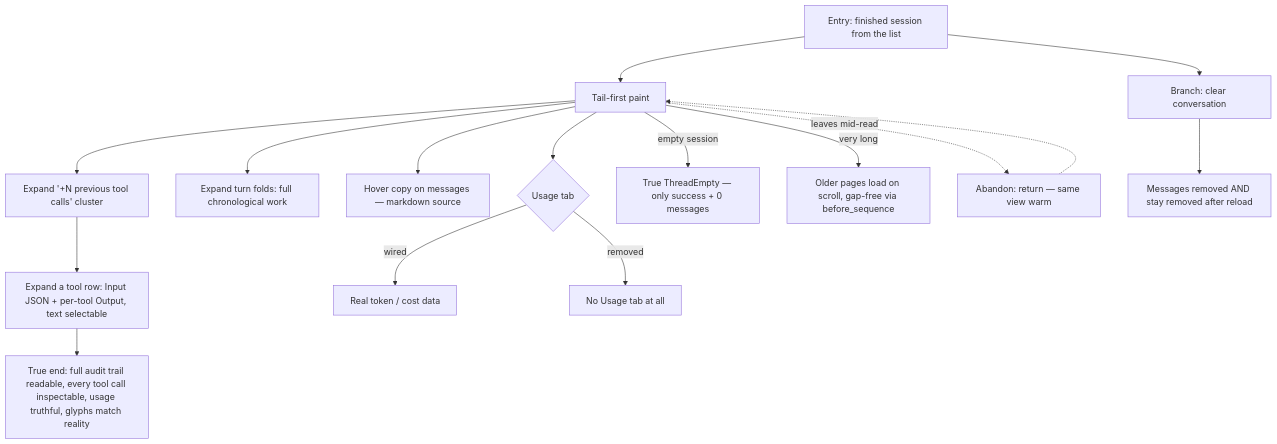
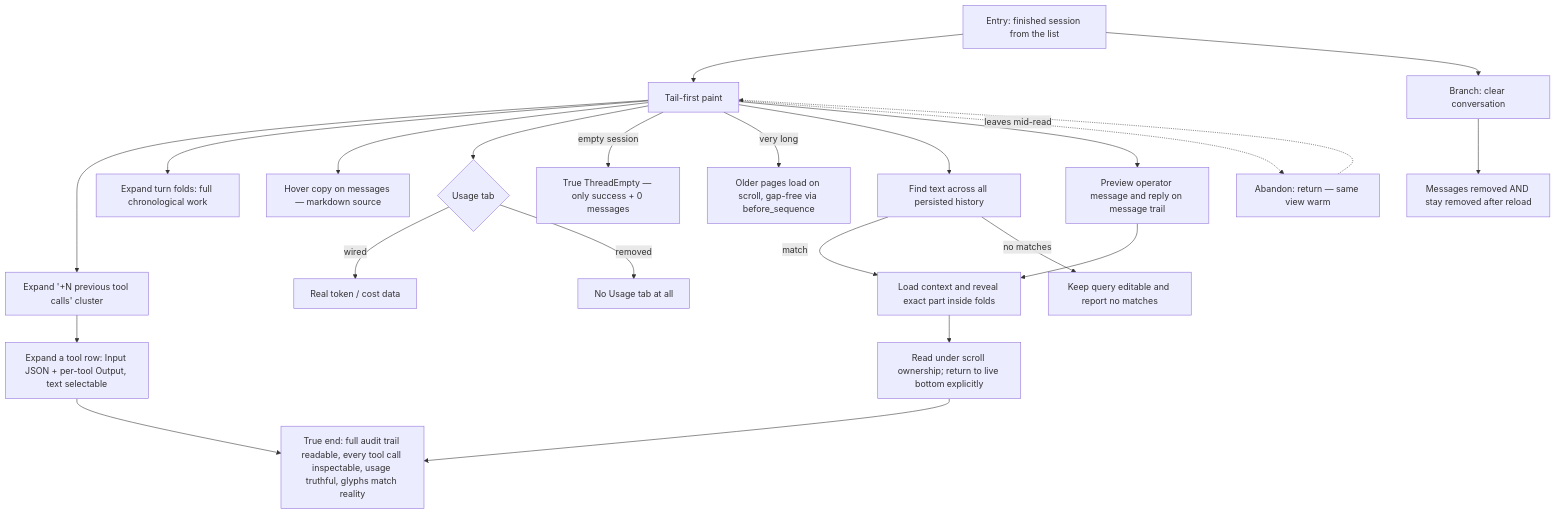
One commit to compozy/compozy changed the diagram in docs/qa/journeys/J-14-read-a-finished-transcript.md. Above: the diagram before and after it, drawn with Mermaid. The commit also changed other lines of this file and 686 other files, not shown here.

````diff
--- a/docs/qa/journeys/J-14-read-a-finished-transcript.md
+++ b/docs/qa/journeys/J-14-read-a-finished-transcript.md
@@ -5,18 +5,25 @@
 ```mermaid
 flowchart TD
     E[Entry: finished session from the list] --> T[Tail-first paint]
     T --> G[Expand '+N previous tool calls' cluster]
     G --> IO[Expand a tool row: Input JSON + per-tool Output, text selectable]
     T --> FLD[Expand turn folds: full chronological work]
     T --> CP[Hover copy on messages — markdown source]
     T --> US{Usage tab}
     US -->|wired| USD[Real token / cost data]
     US -->|removed| USN[No Usage tab at all]
     T -->|empty session| EMP[True ThreadEmpty — only success + 0 messages]
     T -->|very long| PG[Older pages load on scroll, gap-free via before_sequence]
+    T --> FIND[Find text across all persisted history]
+    FIND -->|match| LAND[Load context and reveal exact part inside folds]
+    FIND -->|no matches| NONE[Keep query editable and report no matches]
+    T --> TRAIL[Preview operator message and reply on message trail]
+    TRAIL --> LAND
+    LAND --> LIVE[Read under scroll ownership; return to live bottom explicitly]
+    LIVE --> TE
     E --> CLR[Branch: clear conversation]
     CLR --> CLR2[Messages removed AND stay removed after reload]
     T -.->|leaves mid-read| AB[Abandon: return — same view warm]
     AB -.-> T
     IO --> TE[True end: full audit trail readable, every tool call inspectable, usage truthful, glyphs match reality]
 ```
````
